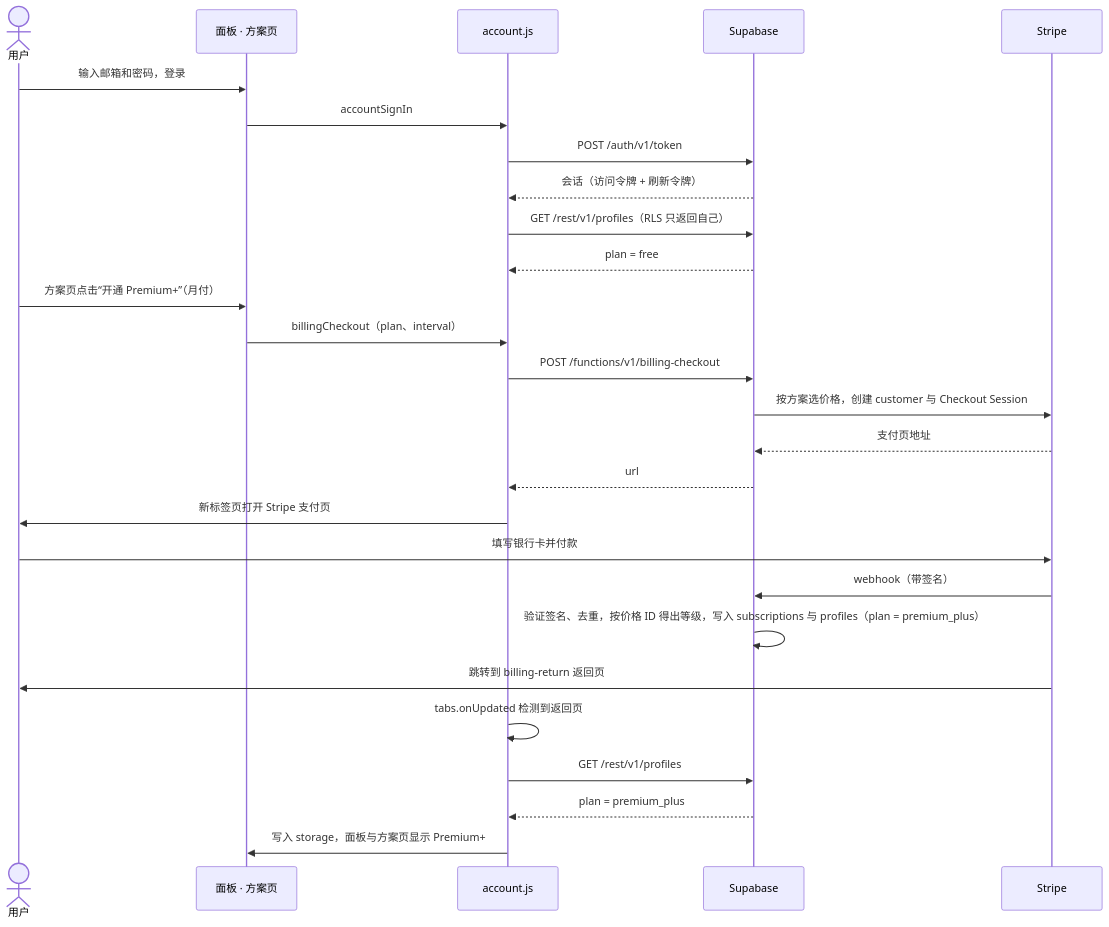
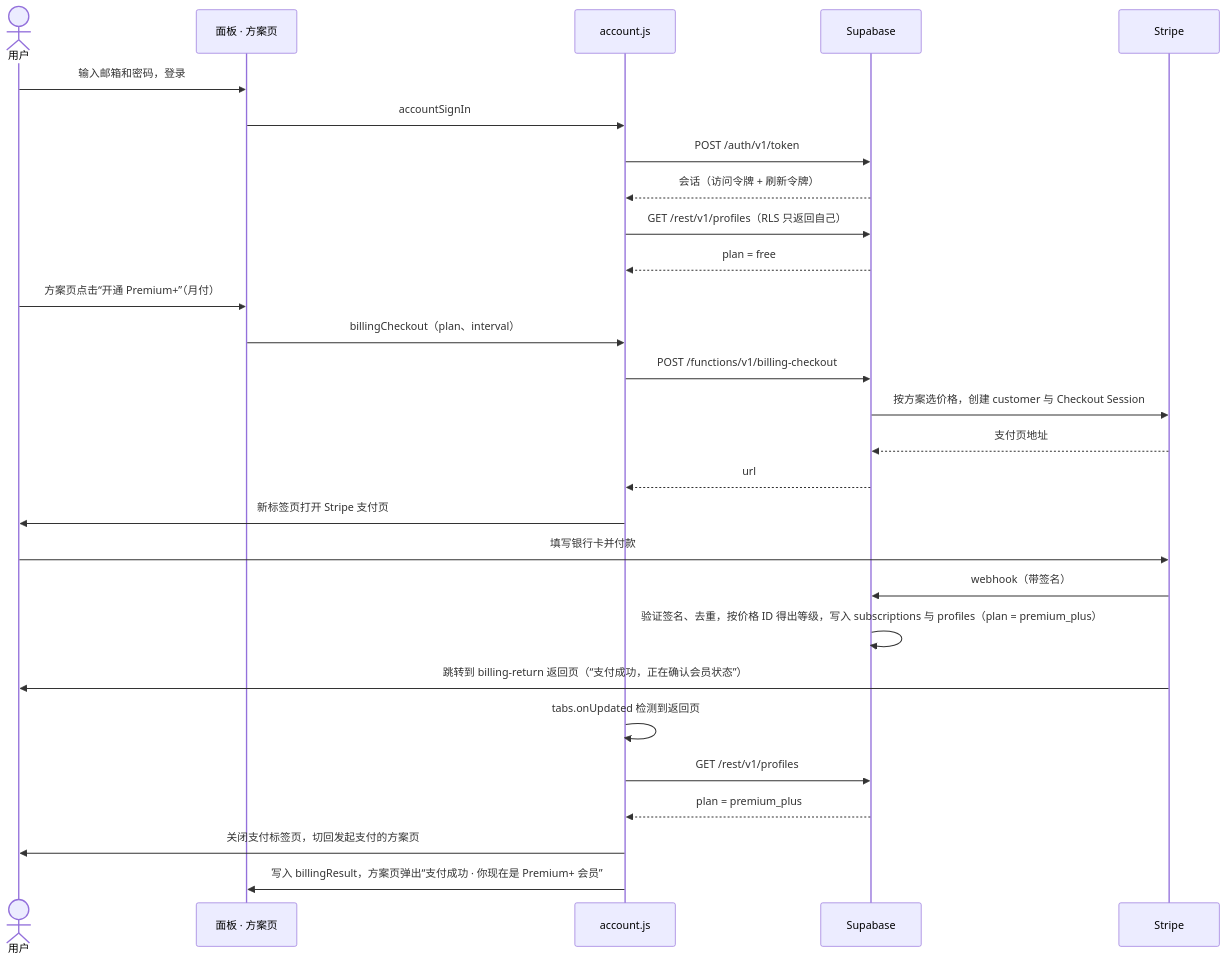
Before and after one commit to pandatalk8/glimmer: the ninth of 12 diagrams in docs/architecture.md, drawn with Mermaid. The commit also changed other lines of this file and 15 other files, not shown here.

````diff
--- a/docs/architecture.md
+++ b/docs/architecture.md
@@ -351,29 +351,30 @@
 ```mermaid
 sequenceDiagram
   actor U as 用户
   participant P as 面板 · 方案页
   participant A as account.js
   participant S as Supabase
   participant T as Stripe
   U->>P: 输入邮箱和密码，登录
   P->>A: accountSignIn
   A->>S: POST /auth/v1/token
   S-->>A: 会话（访问令牌 + 刷新令牌）
   A->>S: GET /rest/v1/profiles（RLS 只返回自己）
   S-->>A: plan = free
   U->>P: 方案页点击“开通 Premium+”（月付）
   P->>A: billingCheckout（plan、interval）
   A->>S: POST /functions/v1/billing-checkout
   S->>T: 按方案选价格，创建 customer 与 Checkout Session
   T-->>S: 支付页地址
   S-->>A: url
   A->>U: 新标签页打开 Stripe 支付页
   U->>T: 填写银行卡并付款
   T->>S: webhook（带签名）
   S->>S: 验证签名、去重，按价格 ID 得出等级，写入 subscriptions 与 profiles（plan = premium_plus）
-  T->>U: 跳转到 billing-return 返回页
+  T->>U: 跳转到 billing-return 返回页（“支付成功，正在确认会员状态”）
   A->>A: tabs.onUpdated 检测到返回页
   A->>S: GET /rest/v1/profiles
   S-->>A: plan = premium_plus
-  A->>P: 写入 storage，面板与方案页显示 Premium+
+  A->>U: 关闭支付标签页，切回发起支付的方案页
+  A->>P: 写入 billingResult，方案页弹出“支付成功 · 你现在是 Premium+ 会员”
 ```
````
